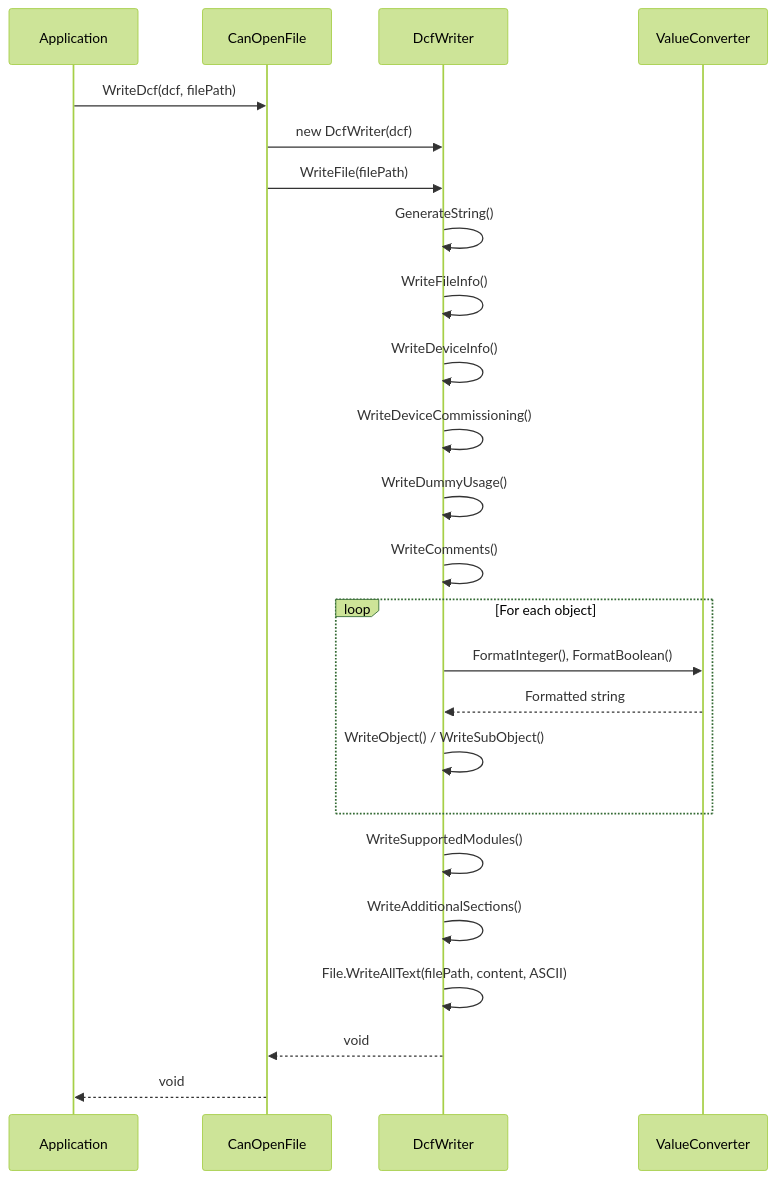
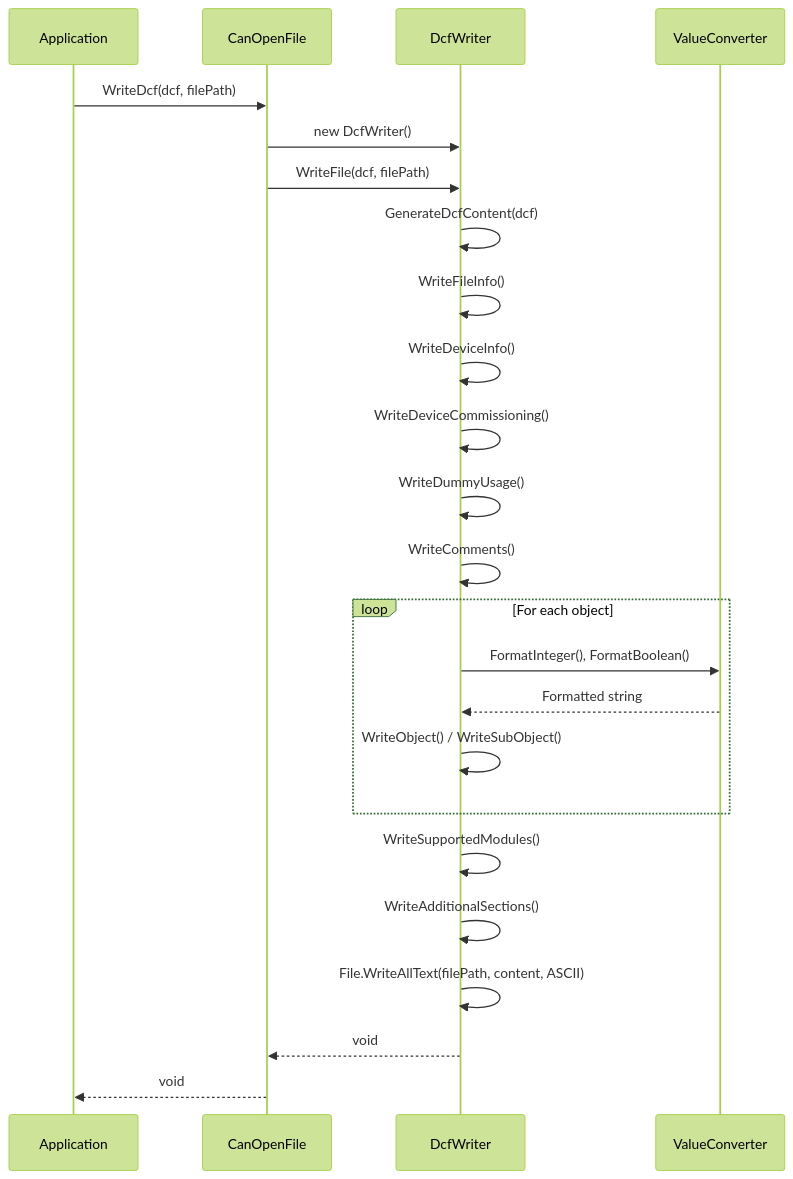
One commit to dborgards/eds-dcf-net changed the third of 5 diagrams in docs/architecture/06-runtime-view.md. Above: the diagram before and after it, drawn with Mermaid (forest theme). The commit also changed other lines of this file and 3 other files, not shown here.

First line of the commit message:
docs: fix inaccuracies in architecture documentation

````diff
--- a/docs/architecture/06-runtime-view.md
+++ b/docs/architecture/06-runtime-view.md
@@ -60,31 +59,31 @@
 ```mermaid
 sequenceDiagram
     participant App as Application
     participant CF as CanOpenFile
     participant DW as DcfWriter
     participant VC as ValueConverter
 
     App->>CF: WriteDcf(dcf, filePath)
-    CF->>DW: new DcfWriter(dcf)
-    CF->>DW: WriteFile(filePath)
-    DW->>DW: GenerateString()
+    CF->>DW: new DcfWriter()
+    CF->>DW: WriteFile(dcf, filePath)
+    DW->>DW: GenerateDcfContent(dcf)
 
     DW->>DW: WriteFileInfo()
     DW->>DW: WriteDeviceInfo()
     DW->>DW: WriteDeviceCommissioning()
     DW->>DW: WriteDummyUsage()
     DW->>DW: WriteComments()
 
     loop For each object
         DW->>VC: FormatInteger(), FormatBoolean()
         VC-->>DW: Formatted string
         DW->>DW: WriteObject() / WriteSubObject()
     end
 
     DW->>DW: WriteSupportedModules()
     DW->>DW: WriteAdditionalSections()
     DW->>DW: File.WriteAllText(filePath, content, ASCII)
 
     DW-->>CF: void
     CF-->>App: void
 ```
````
